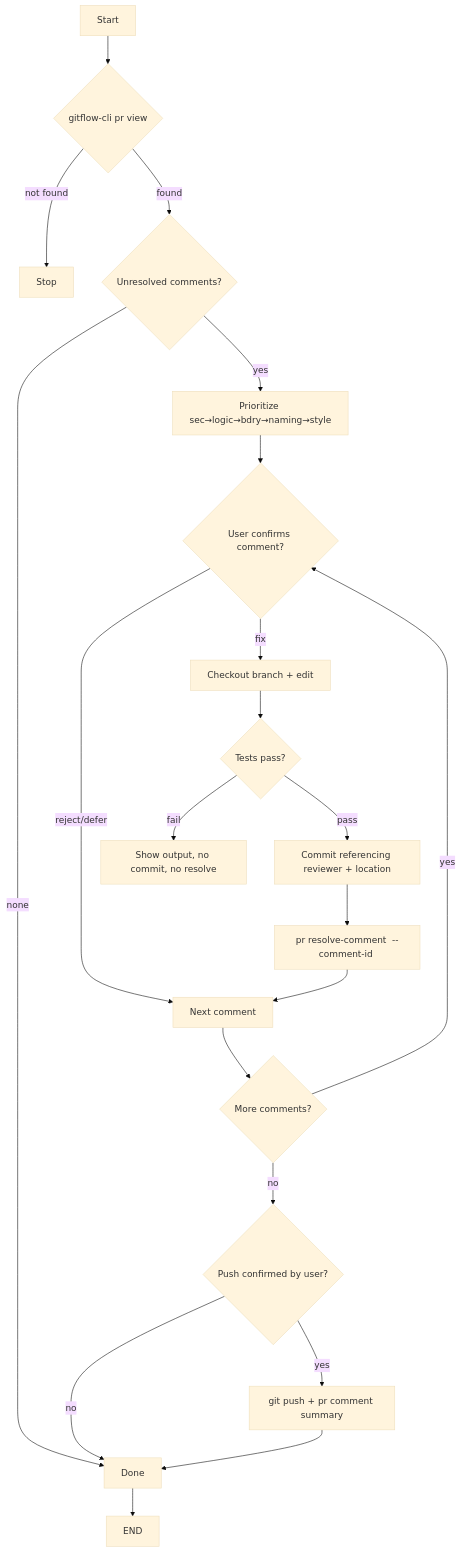
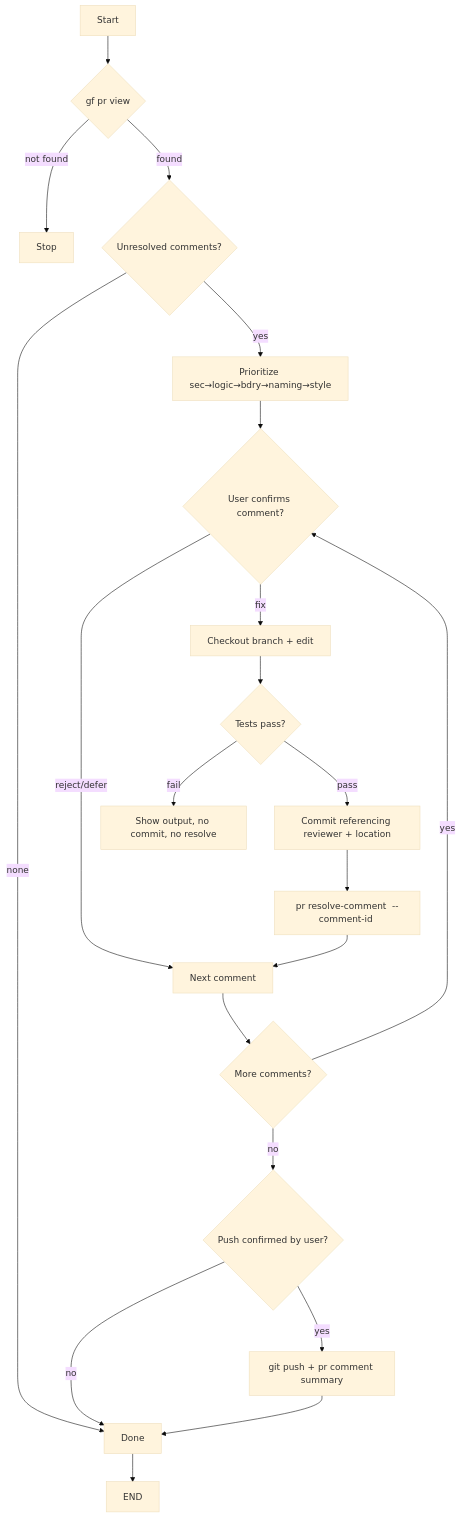
One commit to byx-darwin/gitflow-cli changed the diagram in skills/gitflow-pr-apply-feedback/SKILL.md. Above: the diagram before and after it, drawn with Mermaid (base theme). The commit also changed other lines of this file and 100 other files, not shown here.

First line of the commit message:
feat(rename): update Rust sources, tests, completions, and docs gitflow-cli → gf

````diff
--- a/skills/gitflow-pr-apply-feedback/SKILL.md
+++ b/skills/gitflow-pr-apply-feedback/SKILL.md
@@ -87,23 +87,23 @@
 ```mermaid
 flowchart TD
-  A[Start] --> B{gitflow-cli pr view <pr>}
+  A[Start] --> B{gf pr view <pr>}
   B -->|not found| STOP[Stop]
   B -->|found| C{Unresolved comments?}
   C -->|none| DONE[Done]
   C -->|yes| D[Prioritize sec→logic→bdry→naming→style]
   D --> E{User confirms comment?}
   E -->|reject/defer| NEXT[Next comment]
   E -->|fix| F[Checkout branch + edit]
   F --> G{Tests pass?}
   G -->|fail| H[Show output, no commit, no resolve]
   G -->|pass| I[Commit referencing reviewer + location]
   I --> J[pr resolve-comment <pr> --comment-id <id>]
   J --> NEXT
   NEXT --> K{More comments?}
   K -->|yes| E
   K -->|no| L{Push confirmed by user?}
   L -->|no| DONE
   L -->|yes| M[git push + pr comment summary]
   M --> DONE
   DONE --> END
 ```
````
